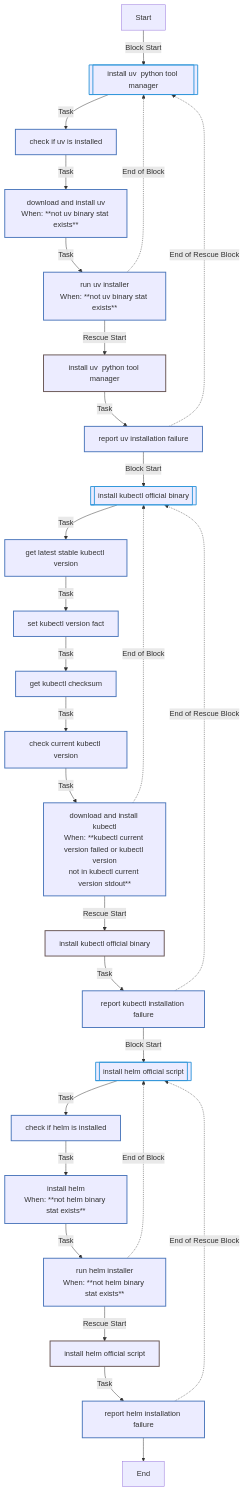
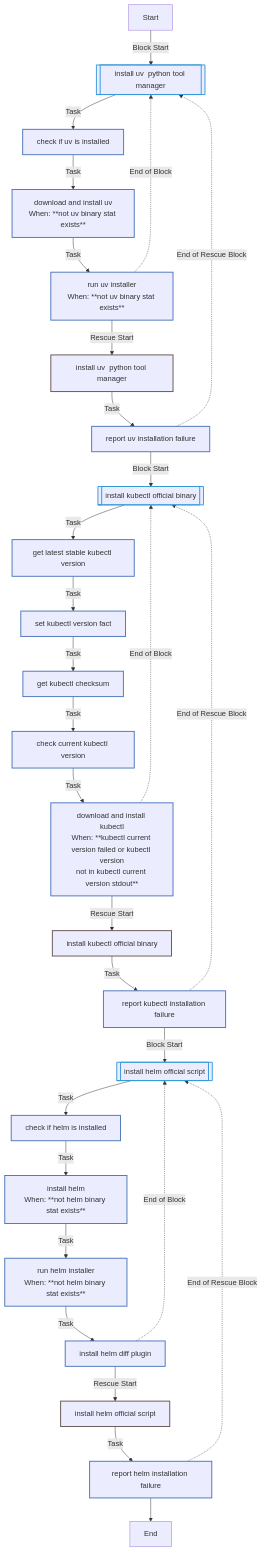
The first of 9 diagrams in roles/common/README.md (rou-cru/k3s-homelab), drawn with Mermaid before and after one commit. The commit also changed other lines of this file and 2 other files, not shown here.

````diff
--- a/roles/common/README.md
+++ b/roles/common/README.md
@@ -399,40 +392,41 @@
 ```mermaid
 flowchart TD
 Start
 classDef block stroke:#3498db,stroke-width:2px;
 classDef task stroke:#4b76bb,stroke-width:2px;
 classDef includeTasks stroke:#16a085,stroke-width:2px;
 classDef importTasks stroke:#34495e,stroke-width:2px;
 classDef includeRole stroke:#2980b9,stroke-width:2px;
 classDef importRole stroke:#699ba7,stroke-width:2px;
 classDef includeVars stroke:#8e44ad,stroke-width:2px;
 classDef rescue stroke:#665352,stroke-width:2px;
 
   Start-->|Block Start| Install_uv__Python_Tool_Manager_0_block_start_0[[install uv  python tool manager ]]:::block
   Install_uv__Python_Tool_Manager_0_block_start_0-->|Task| Check_if_uv_is_installed0[check if uv is installed]:::task
   Check_if_uv_is_installed0-->|Task| Download_and_install_uv1[download and install uv<br>When: **not uv binary stat exists**]:::task
   Download_and_install_uv1-->|Task| Run_uv_installer2[run uv installer<br>When: **not uv binary stat exists**]:::task
   Run_uv_installer2-.->|End of Block| Install_uv__Python_Tool_Manager_0_block_start_0
   Run_uv_installer2-->|Rescue Start| Install_uv__Python_Tool_Manager_0_rescue_start_0[install uv  python tool manager ]:::rescue
   Install_uv__Python_Tool_Manager_0_rescue_start_0-->|Task| Report_uv_installation_failure0[report uv installation failure]:::task
   Report_uv_installation_failure0-.->|End of Rescue Block| Install_uv__Python_Tool_Manager_0_block_start_0
   Report_uv_installation_failure0-->|Block Start| Install_Kubectl__Official_Binary_1_block_start_0[[install kubectl  official binary ]]:::block
   Install_Kubectl__Official_Binary_1_block_start_0-->|Task| Get_latest_stable_kubectl_version0[get latest stable kubectl version]:::task
   Get_latest_stable_kubectl_version0-->|Task| Set_kubectl_version_fact1[set kubectl version fact]:::task
   Set_kubectl_version_fact1-->|Task| Get_kubectl_checksum2[get kubectl checksum]:::task
   Get_kubectl_checksum2-->|Task| Check_current_kubectl_version3[check current kubectl version]:::task
   Check_current_kubectl_version3-->|Task| Download_and_install_kubectl4[download and install kubectl<br>When: **kubectl current version failed or kubectl version<br>not in kubectl current version stdout**]:::task
   Download_and_install_kubectl4-.->|End of Block| Install_Kubectl__Official_Binary_1_block_start_0
   Download_and_install_kubectl4-->|Rescue Start| Install_Kubectl__Official_Binary_1_rescue_start_0[install kubectl  official binary ]:::rescue
   Install_Kubectl__Official_Binary_1_rescue_start_0-->|Task| Report_kubectl_installation_failure0[report kubectl installation failure]:::task
   Report_kubectl_installation_failure0-.->|End of Rescue Block| Install_Kubectl__Official_Binary_1_block_start_0
   Report_kubectl_installation_failure0-->|Block Start| Install_Helm__Official_Script_2_block_start_0[[install helm  official script ]]:::block
   Install_Helm__Official_Script_2_block_start_0-->|Task| Check_if_helm_is_installed0[check if helm is installed]:::task
   Check_if_helm_is_installed0-->|Task| Install_Helm1[install helm<br>When: **not helm binary stat exists**]:::task
   Install_Helm1-->|Task| Run_helm_installer2[run helm installer<br>When: **not helm binary stat exists**]:::task
-  Run_helm_installer2-.->|End of Block| Install_Helm__Official_Script_2_block_start_0
-  Run_helm_installer2-->|Rescue Start| Install_Helm__Official_Script_2_rescue_start_0[install helm  official script ]:::rescue
+  Run_helm_installer2-->|Task| Install_helm_diff_plugin3[install helm diff plugin]:::task
+  Install_helm_diff_plugin3-.->|End of Block| Install_Helm__Official_Script_2_block_start_0
+  Install_helm_diff_plugin3-->|Rescue Start| Install_Helm__Official_Script_2_rescue_start_0[install helm  official script ]:::rescue
   Install_Helm__Official_Script_2_rescue_start_0-->|Task| Report_helm_installation_failure0[report helm installation failure]:::task
   Report_helm_installation_failure0-.->|End of Rescue Block| Install_Helm__Official_Script_2_block_start_0
   Report_helm_installation_failure0-->End
 ```
````
